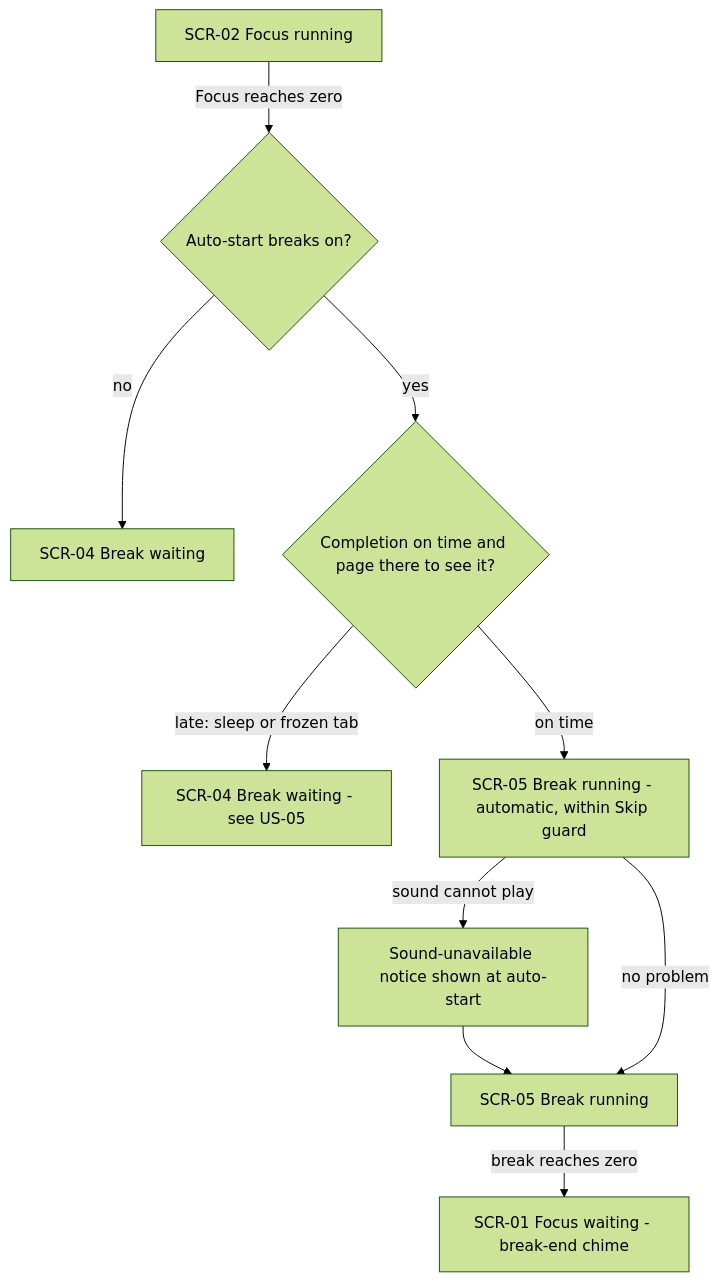
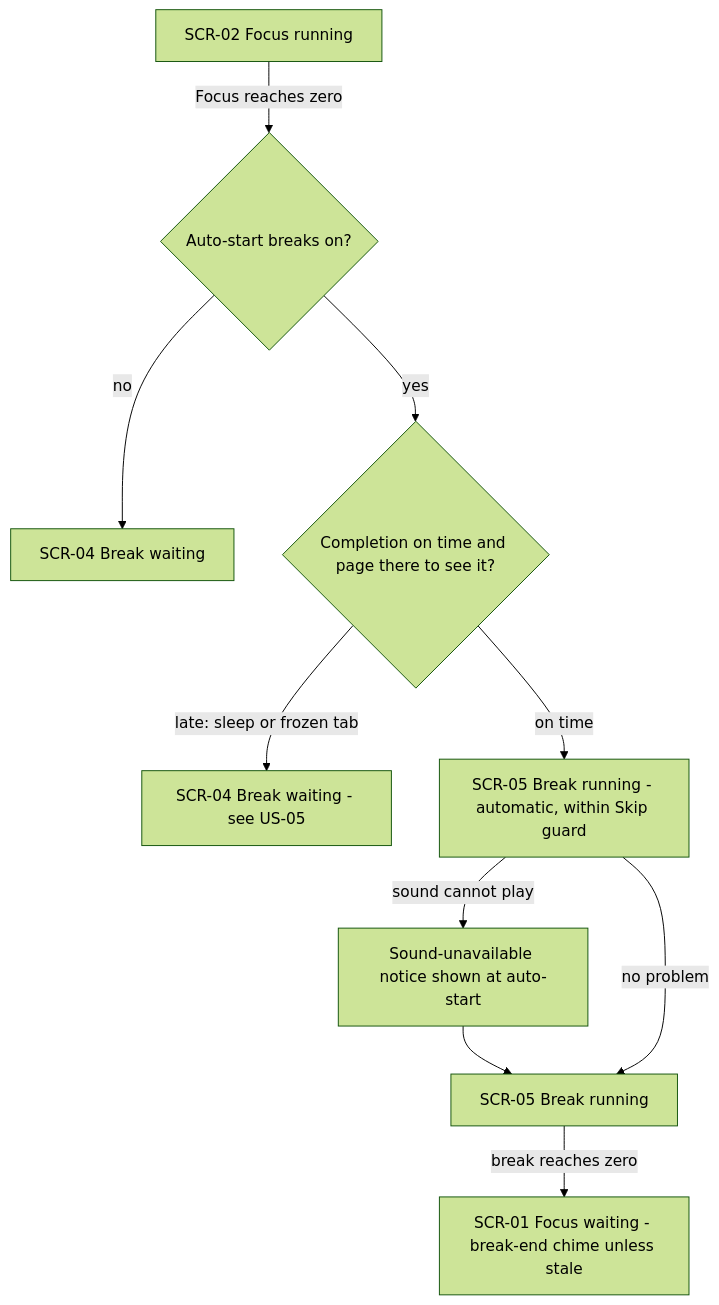
Before and after one commit to skush/pomodoro: the first of 7 diagrams in docs/features/break-flow/ux-flows.md, drawn with Mermaid (forest theme). The commit also changed other lines of this file and 6 other files, not shown here.

First line of the commit message:
review(break-flow): round 6 — PASS

````diff
--- a/docs/features/break-flow/ux-flows.md
+++ b/docs/features/break-flow/ux-flows.md
@@ -39,12 +39,12 @@
 ```mermaid
 flowchart TD
     A[SCR-02 Focus running] -->|Focus reaches zero| B{Auto-start breaks on?}
     B -->|no| C[SCR-04 Break waiting]
     B -->|yes| D{Completion on time and page there to see it?}
     D -->|late: sleep or frozen tab| E[SCR-04 Break waiting - see US-05]
     D -->|on time| F[SCR-05 Break running - automatic, within Skip guard]
     F -->|sound cannot play| G[Sound-unavailable notice shown at auto-start]
     G --> H[SCR-05 Break running]
     F -->|no problem| H
-    H -->|break reaches zero| I[SCR-01 Focus waiting - break-end chime]
+    H -->|break reaches zero| I[SCR-01 Focus waiting - break-end chime unless stale]
 ```
````
